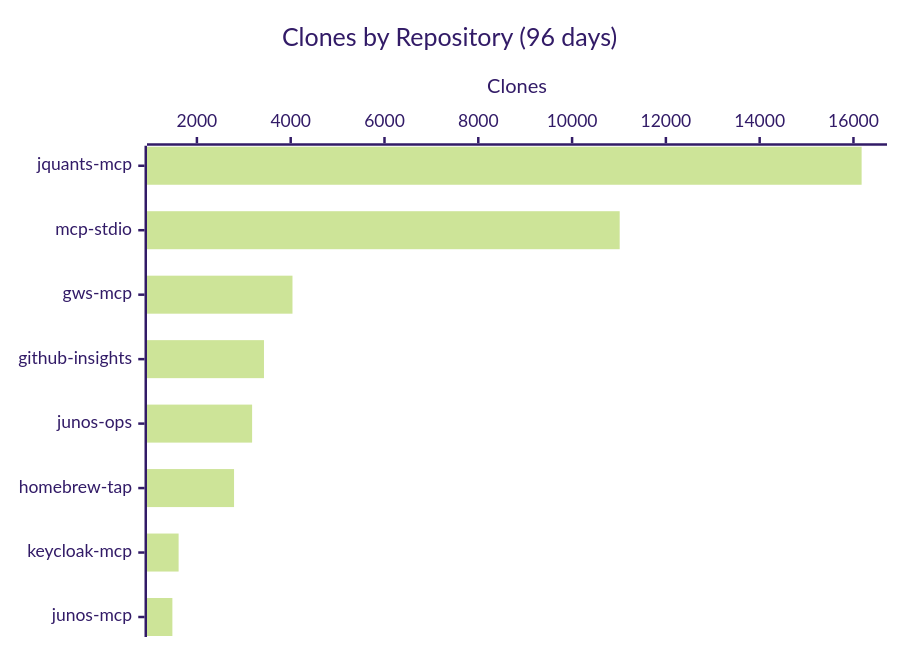
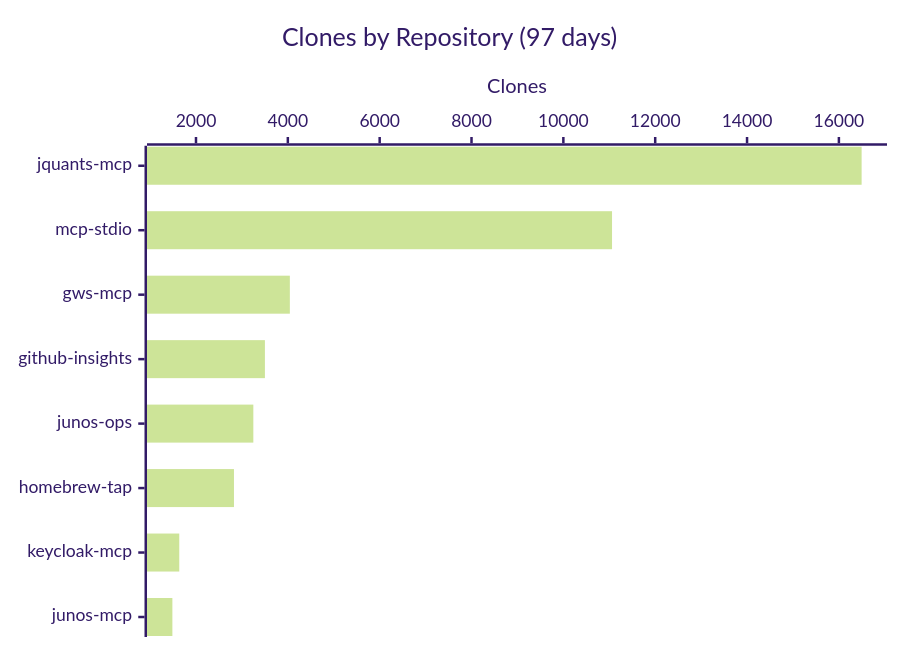
Before and after one commit to shigechika/github-insights: the third of 3 diagrams in README.md, drawn with Mermaid (forest theme). The commit also changed other lines of this file and 2 other files, not shown here.

````diff
--- a/README.md
+++ b/README.md
@@ -43,7 +43,7 @@
 ```mermaid
 xychart-beta horizontal
-    title "Clones by Repository (96 days)"
+    title "Clones by Repository (97 days)"
     x-axis ["jquants-mcp", "mcp-stdio", "gws-mcp", "github-insights", "junos-ops", "homebrew-tap", "keycloak-mcp", "junos-mcp"]
     y-axis "Clones"
-    bar [16174, 11015, 4038, 3430, 3177, 2792, 1610, 1477]
+    bar [16495, 11060, 4044, 3501, 3249, 2827, 1636, 1486]
 ```
````
